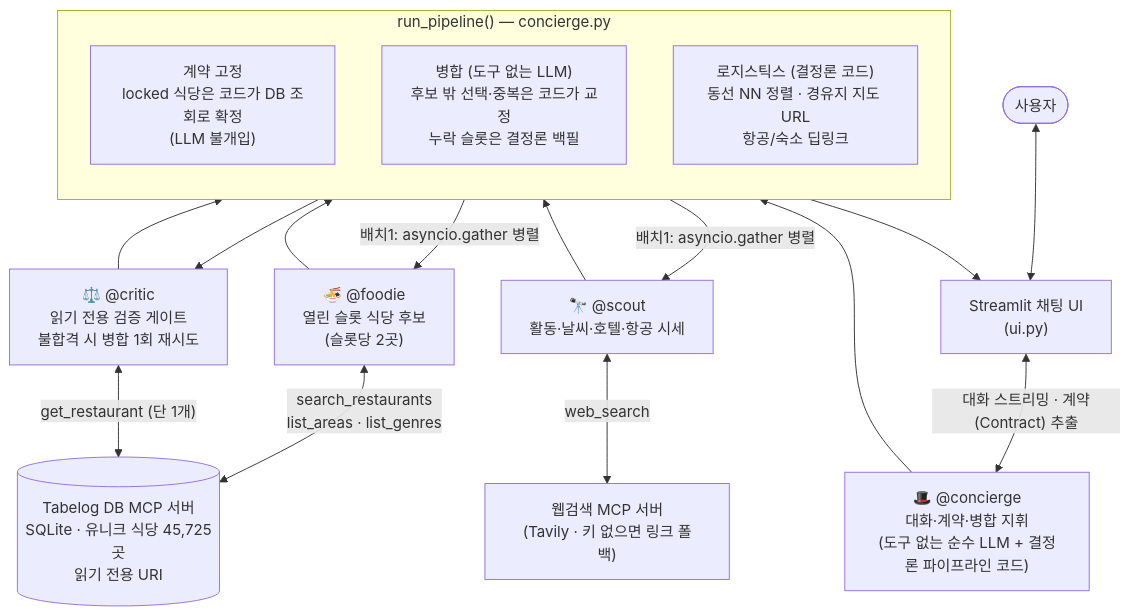
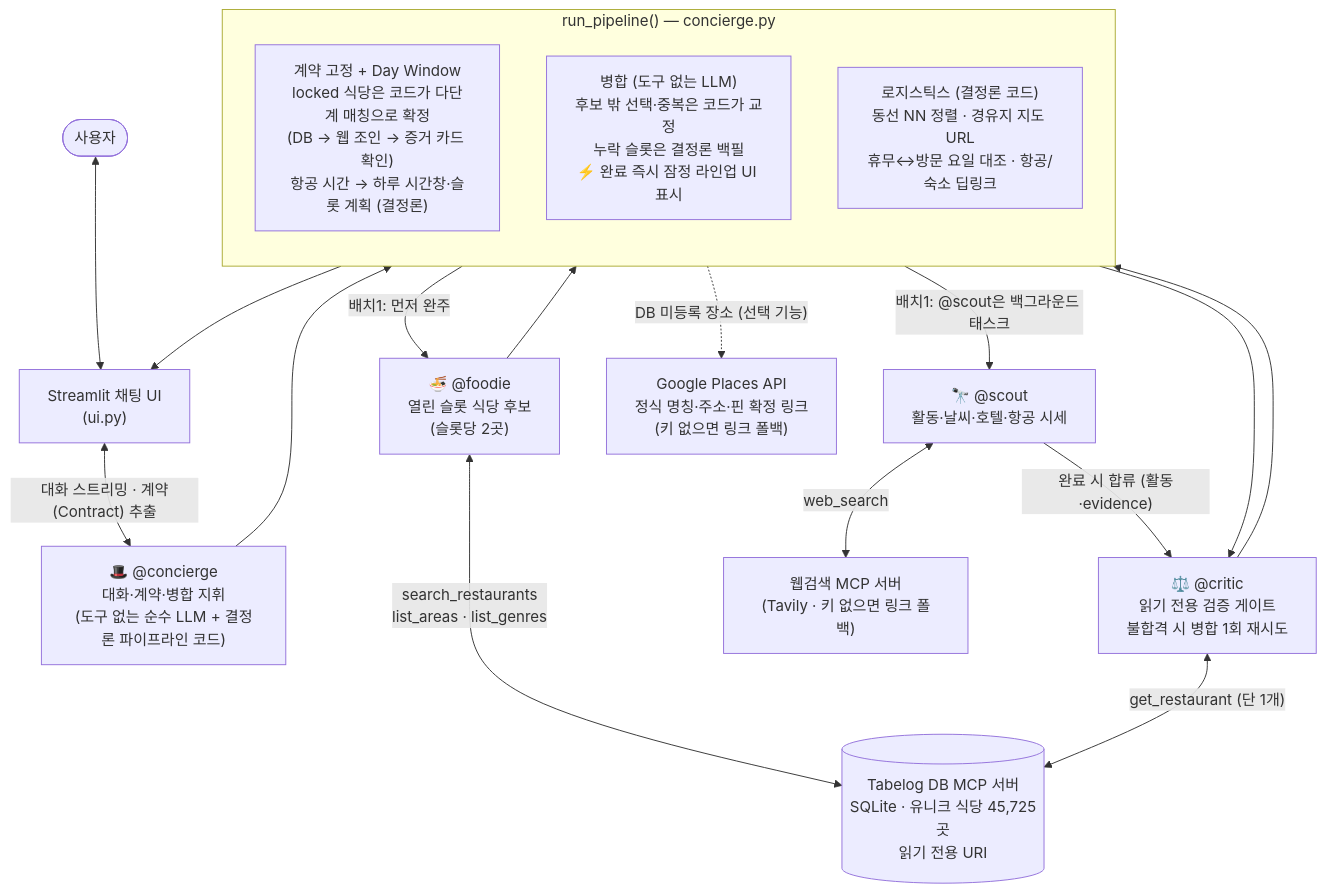
The first of 3 diagrams in Day10_미니_캡스톤/docs/ARCHITECTURE.md (GeonjungKim/nvidia-ai-agent-projects), drawn with Mermaid before and after one commit. The commit also changed other lines of this file and 3 other files, not shown here.

First line of the commit message:
docs: 신규 기능 반영 — README·아키텍처 다이어그램·배포/환경 가이드 갱신

````diff
--- a/Day10_미니_캡스톤/docs/ARCHITECTURE.md
+++ b/Day10_미니_캡스톤/docs/ARCHITECTURE.md
@@ -8,25 +8,26 @@
 ```mermaid
 flowchart TD
     U(["사용자"]) <--> UI["Streamlit 채팅 UI<br/>(ui.py)"]
     UI <-->|"대화 스트리밍 · 계약(Contract) 추출"| C["🎩 @concierge<br/>대화·계약·병합 지휘<br/>(도구 없는 순수 LLM + 결정론 파이프라인 코드)"]
 
     subgraph PIPE["run_pipeline() — concierge.py"]
         direction TB
-        LOCK["계약 고정<br/>locked 식당은 코드가 DB 조회로 확정<br/>(LLM 불개입)"]
-        MERGE["병합 (도구 없는 LLM)<br/>후보 밖 선택·중복은 코드가 교정<br/>누락 슬롯은 결정론 백필"]
-        LOGI["로지스틱스 (결정론 코드)<br/>동선 NN 정렬 · 경유지 지도 URL<br/>항공/숙소 딥링크"]
+        LOCK["계약 고정 + Day Window<br/>locked 식당은 코드가 다단계 매칭으로 확정<br/>(DB → 웹 조인 → 증거 카드 확인)<br/>항공 시간 → 하루 시간창·슬롯 계획 (결정론)"]
+        MERGE["병합 (도구 없는 LLM)<br/>후보 밖 선택·중복은 코드가 교정<br/>누락 슬롯은 결정론 백필<br/>⚡ 완료 즉시 잠정 라인업 UI 표시"]
+        LOGI["로지스틱스 (결정론 코드)<br/>동선 NN 정렬 · 경유지 지도 URL<br/>휴무↔방문 요일 대조 · 항공/숙소 딥링크"]
     end
 
     C --> LOCK
-    LOCK -->|"배치1: asyncio.gather 병렬"| F["🍜 @foodie<br/>열린 슬롯 식당 후보<br/>(슬롯당 2곳)"]
-    LOCK -->|"배치1: asyncio.gather 병렬"| S["🔭 @scout<br/>활동·날씨·호텔·항공 시세"]
+    LOCK -->|"배치1: @scout은 백그라운드 태스크"| S["🔭 @scout<br/>활동·날씨·호텔·항공 시세"]
+    LOCK -->|"배치1: 먼저 완주"| F["🍜 @foodie<br/>열린 슬롯 식당 후보<br/>(슬롯당 2곳)"]
     F --> MERGE
-    S --> MERGE
+    S -->|"완료 시 합류 (활동·evidence)"| CR
     MERGE --> CR["⚖️ @critic<br/>읽기 전용 검증 게이트<br/>불합격 시 병합 1회 재시도"]
     CR --> LOGI
     LOGI --> UI
+    LOGI -.->|"DB 미등록 장소 (선택 기능)"| PL["Google Places API<br/>정식 명칭·주소·핀 확정 링크<br/>(키 없으면 링크 폴백)"]
 
     F <-->|"search_restaurants<br/>list_areas · list_genres"| DB[("Tabelog DB MCP 서버<br/>SQLite · 유니크 식당 45,725곳<br/>읽기 전용 URI")]
     CR <-->|"get_restaurant (단 1개)"| DB
     S <-->|"web_search"| WS["웹검색 MCP 서버<br/>(Tavily · 키 없으면 링크 폴백)"]
 ```
````
